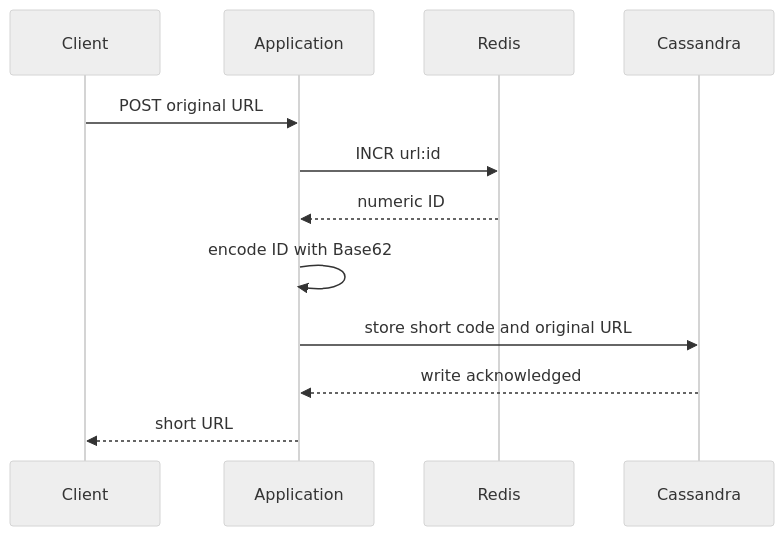
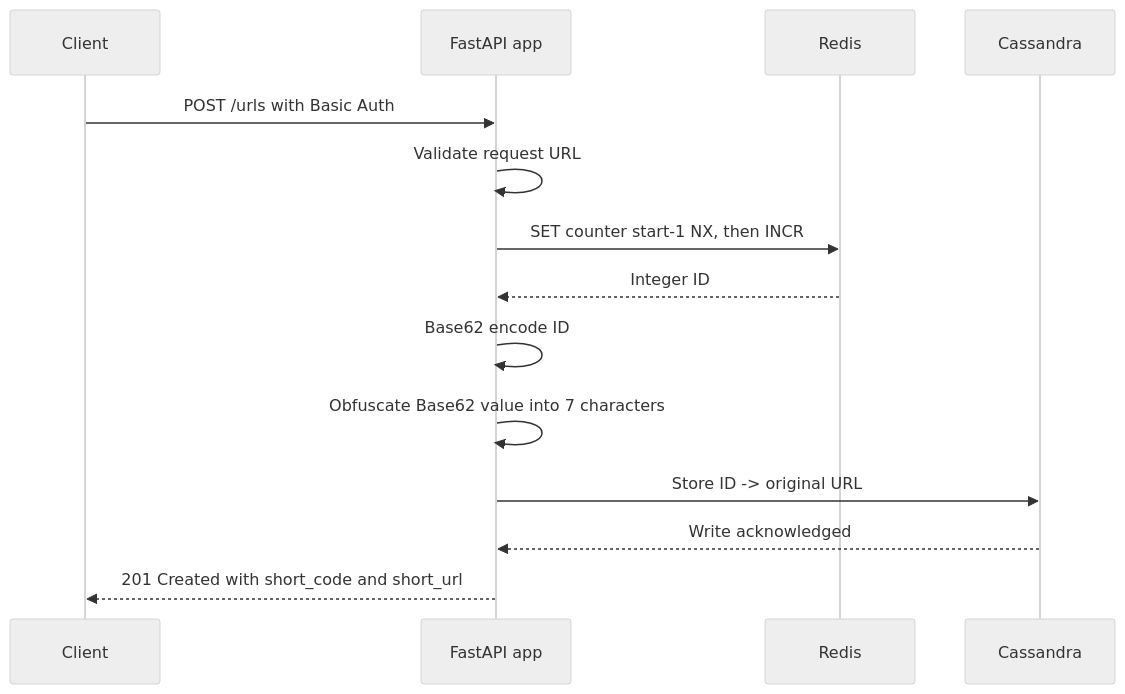
The second of 3 diagrams in docs/en/architecture.md (juniocr26/url-shortener), drawn with Mermaid (neutral theme) before and after one commit. The commit also changed other lines of this file and 31 other files, not shown here.

Commit message:
feat: complete URL shortening flow with Redis and Cassandra

````diff
--- a/docs/en/architecture.md
+++ b/docs/en/architecture.md
@@ -72,15 +46,17 @@
 ```mermaid
 sequenceDiagram
     participant Client
-    participant App as Application
+    participant App as FastAPI app
     participant Redis
     participant Cassandra
 
-    Client->>App: POST original URL
-    App->>Redis: INCR url:id
-    Redis-->>App: numeric ID
-    App->>App: encode ID with Base62
-    App->>Cassandra: store short code and original URL
-    Cassandra-->>App: write acknowledged
-    App-->>Client: short URL
+    Client->>App: POST /urls with Basic Auth
+    App->>App: Validate request URL
+    App->>Redis: SET counter start-1 NX, then INCR
+    Redis-->>App: Integer ID
+    App->>App: Base62 encode ID
+    App->>App: Obfuscate Base62 value into 7 characters
+    App->>Cassandra: Store ID -> original URL
+    Cassandra-->>App: Write acknowledged
+    App-->>Client: 201 Created with short_code and short_url
 ```
````
